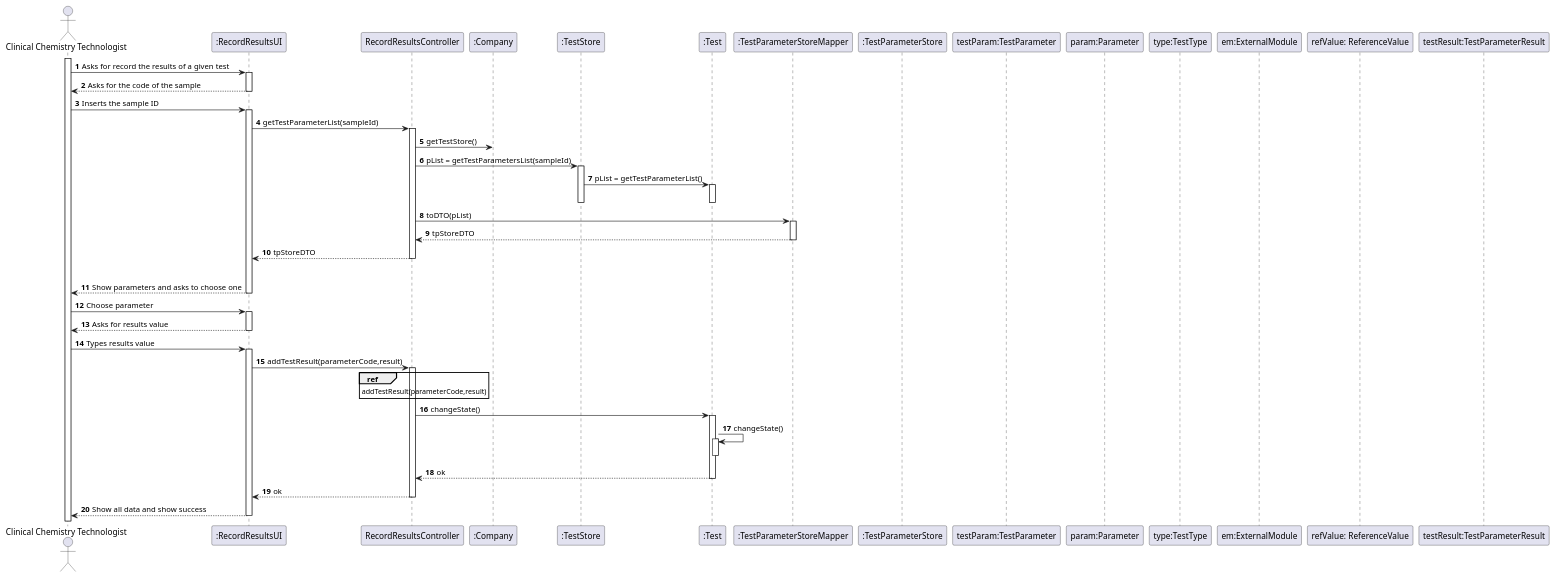
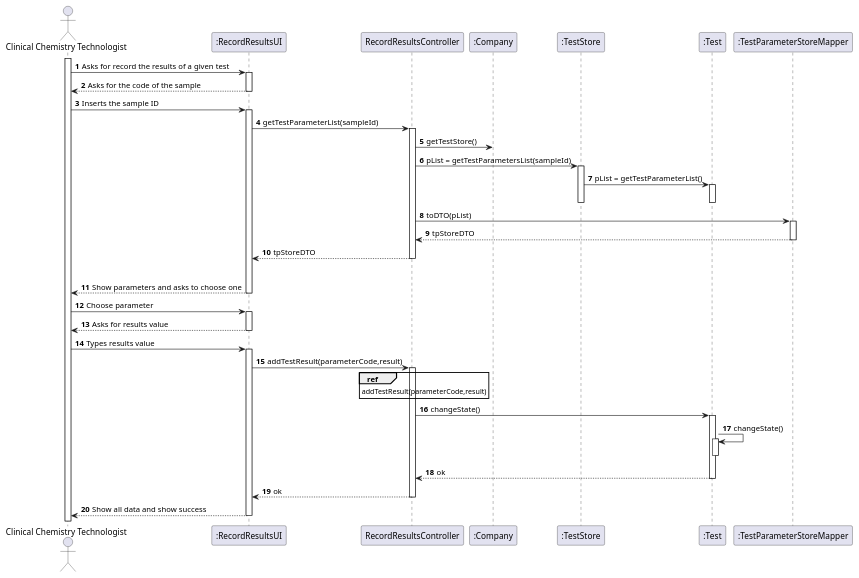
One commit to MarianaCLages/LAPR2 changed the diagram in docs/SprintC/US12/US12_SD.puml. Above: the diagram before and after it, drawn with PlantUML. The commit also changed 5 other files, not shown here.

Commit message:
Corrections on diagrams of US12

```diff
--- a/docs/SprintC/US12/US12_SD.puml
+++ b/docs/SprintC/US12/US12_SD.puml
@@ -1,75 +1,67 @@
 @startuml
 autonumber
 actor "Clinical Chemistry Technologist" as cct
 participant ":RecordResultsUI" as UI
 participant "RecordResultsController" as ctrl
 participant ":Company" as Comp
 participant ":TestStore" as tStore
 participant ":Test" as Test
 participant ":TestParameterStoreMapper" as tpStoreMapper
-participant ":TestParameterStore" as tpStore
-participant "testParam:TestParameter" as TestPa
-participant "param:Parameter" as Param
-participant "type:TestType" as TestTy
-participant "em:ExternalModule" as ExMod
-participant "refValue: ReferenceValue" as RefVal
-participant "testResult:TestParameterResult" as TestParamRes
-
 
 activate cct
 cct -> UI: Asks for record the results of a given test
 activate UI
 UI --> cct: Asks for the code of the sample
 deactivate UI
 cct -> UI: Inserts the sample ID
 activate UI
 UI -> ctrl: getTestParameterList(sampleId)
       activate ctrl
       ctrl -> Comp: getTestStore()
       ctrl -> tStore: pList = getTestParametersList(sampleId)
       activate tStore
       tStore -> Test: pList = getTestParameterList()
       activate Test
       deactivate
       deactivate tStore
 
       ctrl -> tpStoreMapper: toDTO(pList)
       activate tpStoreMapper
 
       tpStoreMapper --> ctrl: tpStoreDTO
       deactivate tpStoreMapper
       return tpStoreDTO
       deactivate ctrl
       deactivate tStore
 loop for all the parameters
     UI --> cct: Show parameters and asks to choose one
     deactivate UI
     cct -> UI: Choose parameter
     activate UI
     UI --> cct: Asks for results value
     deactivate UI
     cct -> UI: Types results value
     activate UI
 
     UI -> ctrl: addTestResult(parameterCode,result)
     activate ctrl
    ref over ctrl: addTestResult(parameterCode,result)
 ctrl -> Test: changeState()
 activate Test
 Test -> Test: changeState()
 activate Test
 deactivate
 
 Test --> ctrl: ok
 deactivate
 ctrl --> UI : ok
 deactivate ctrl
 
 
 UI --> cct: Show all data and show success
 deactivate UI
 
 
 
 
 @enduml
```
